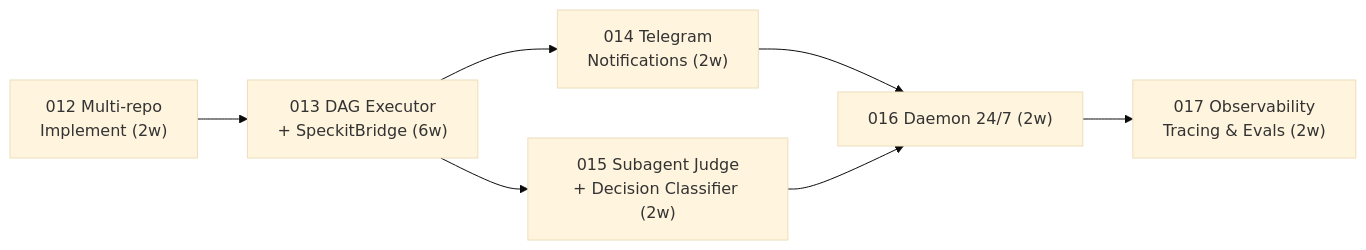
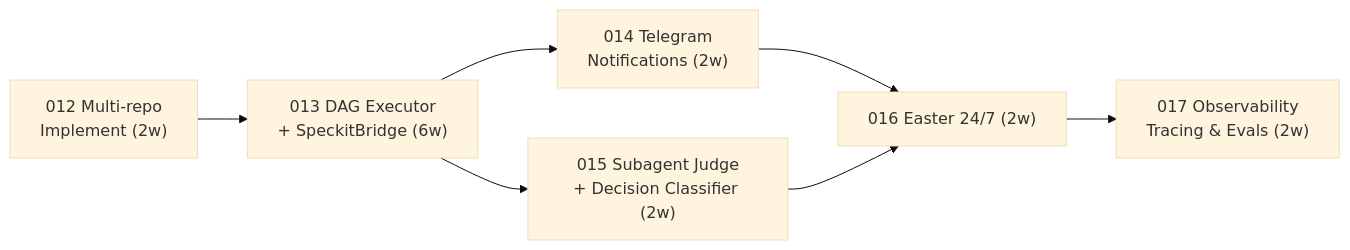
One commit to paceautomations/madruga.ai changed the third of 4 diagrams in platforms/madruga-ai/planning/roadmap.md. Above: the diagram before and after it, drawn with Mermaid (base theme). The commit also changed other lines of this file and 122 other files, not shown here.

First line of the commit message:
feat: epic 021 — pipeline intelligence artifacts, daemon→easter rename, audit PNG cleanup

````diff
--- a/platforms/madruga-ai/planning/roadmap.md
+++ b/platforms/madruga-ai/planning/roadmap.md
@@ -103,16 +103,16 @@
 ```mermaid
 graph LR
     E012["012 Multi-repo\nImplement (2w)"]
     E013["013 DAG Executor\n+ SpeckitBridge (6w)"]
     E014["014 Telegram\nNotifications (2w)"]
     E015["015 Subagent Judge\n+ Decision Classifier (2w)"]
-    E016["016 Daemon 24/7 (2w)"]
+    E016["016 Easter 24/7 (2w)"]
     E017["017 Observability\nTracing & Evals (2w)"]
 
     E012 --> E013
     E013 --> E014
     E013 --> E015
     E014 --> E016
     E015 --> E016
     E016 --> E017
 ```
````
